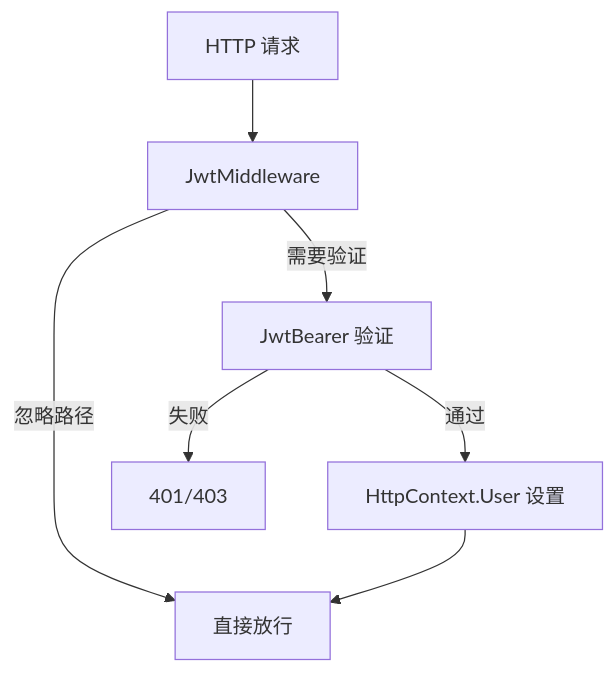
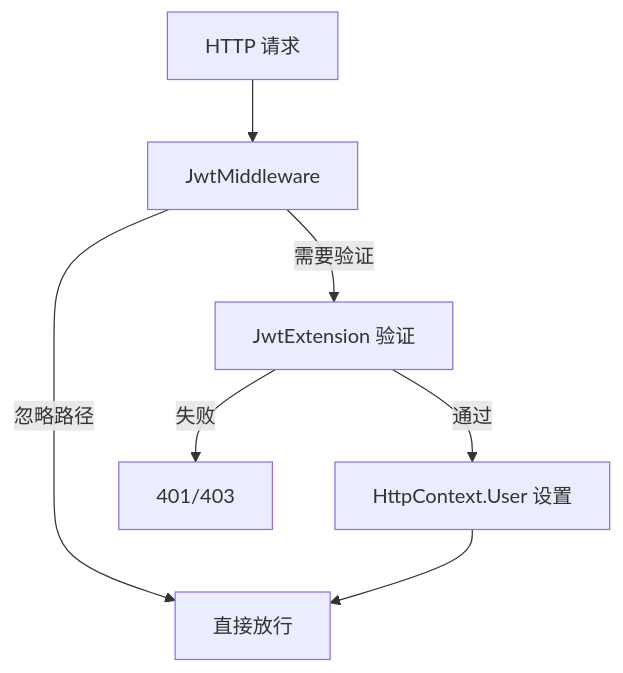
Before and after one commit to leadiot/Scm.Net: the fourth of 7 diagrams in .qoder/repowiki/zh/content/用户认证系统/用户认证系统.md, drawn with Mermaid. The commit also changed other lines of this file and 126 other files, not shown here.

````diff
--- a/.qoder/repowiki/zh/content/用户认证系统/用户认证系统.md
+++ b/.qoder/repowiki/zh/content/用户认证系统/用户认证系统.md
@@ -275,9 +244,9 @@
 ```mermaid
 flowchart TD
 Req["HTTP 请求"] --> MW["JwtMiddleware"]
 MW --> |忽略路径| Next["直接放行"]
-MW --> |需要验证| Auth["JwtBearer 验证"]
+MW --> |需要验证| Auth["JwtExtension 验证"]
 Auth --> |通过| OK["HttpContext.User 设置"]
 Auth --> |失败| Err["401/403"]
 OK --> Next
 ```
````
